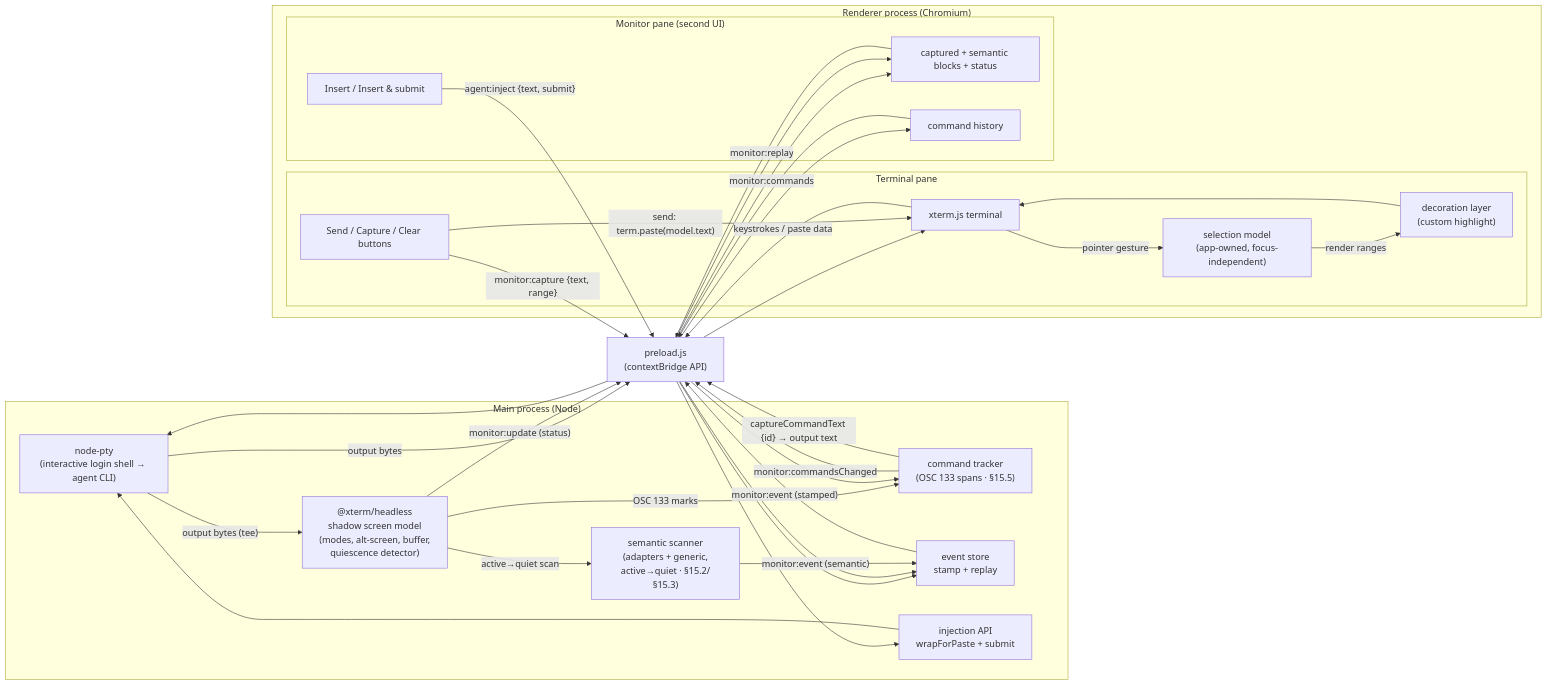
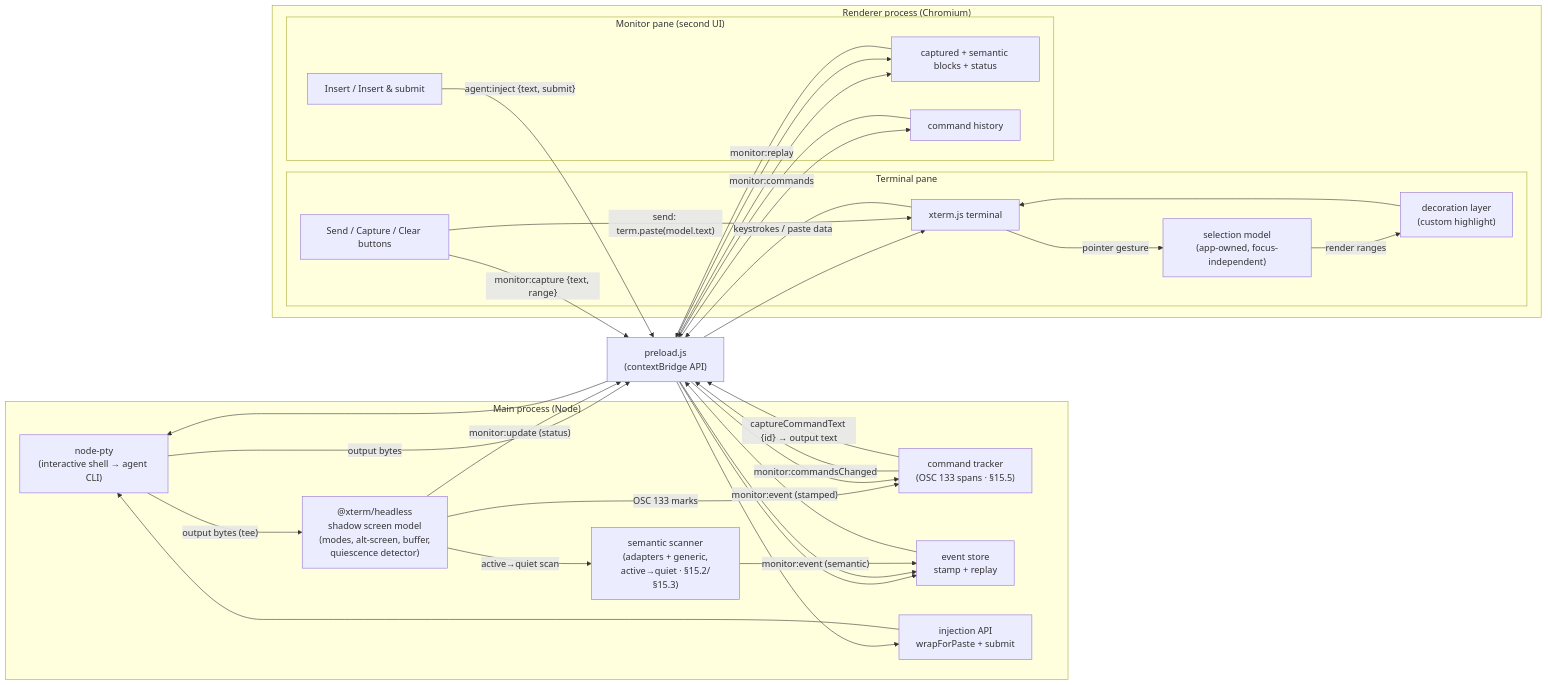
Before and after one commit to dylanb/agent-terminal: the first of 2 diagrams in terminal-web-ui-spec.md, drawn with Mermaid. The commit also changed other lines of this file and 2 other files, not shown here.

First line of the commit message:
fix(pty): probe the resolved shell for PATH, not hardcoded bash (v2.82)

````diff
--- a/terminal-web-ui-spec.md
+++ b/terminal-web-ui-spec.md
@@ -316,43 +318,43 @@
 ```mermaid
 flowchart LR
     subgraph Main["Main process (Node)"]
-        PTY["node-pty<br/>(interactive login shell → agent CLI)"]
+        PTY["node-pty<br/>(interactive shell → agent CLI)"]
         SHADOW["@xterm/headless<br/>shadow screen model<br/>(modes, alt-screen, buffer,<br/>quiescence detector)"]
         SCAN["semantic scanner<br/>(adapters + generic,<br/>active→quiet · §15.2/§15.3)"]
         CMD["command tracker<br/>(OSC 133 spans · §15.5)"]
         STORE["event store<br/>stamp + replay"]
         INJ["injection API<br/>wrapForPaste + submit"]
     end
     subgraph Renderer["Renderer process (Chromium)"]
         subgraph TermPane["Terminal pane"]
             XT["xterm.js terminal"]
             SELMODEL["selection model<br/>(app-owned, focus-independent)"]
             DECO["decoration layer<br/>(custom highlight)"]
             BTN["Send / Capture / Clear buttons"]
         end
         subgraph MonPane["Monitor pane (second UI)"]
             LIST["captured + semantic blocks + status"]
             HIST["command history"]
             ACT["Insert / Insert & submit"]
         end
     end
     Preload["preload.js<br/>(contextBridge API)"]
 
     PTY -- "output bytes (tee)" --> SHADOW
     PTY -- "output bytes" --> Preload --> XT
     XT -- "keystrokes / paste data" --> Preload --> PTY
     XT -- "pointer gesture" --> SELMODEL
     SELMODEL -- "render ranges" --> DECO --> XT
     BTN -- "send: term.paste(model.text)" --> XT
     BTN -- "monitor:capture {text, range}" --> Preload --> STORE
     STORE -- "monitor:event (stamped)" --> Preload --> LIST
     LIST -- "monitor:replay" --> Preload --> STORE
     SHADOW -- "monitor:update (status)" --> Preload --> LIST
     SHADOW -- "active→quiet scan" --> SCAN
     SCAN -- "monitor:event (semantic)" --> STORE
     SHADOW -- "OSC 133 marks" --> CMD
     CMD -- "monitor:commandsChanged" --> Preload --> HIST
     HIST -- "monitor:commands" --> Preload --> CMD
     CMD -- "captureCommandText {id} → output text" --> Preload
     ACT -- "agent:inject {text, submit}" --> Preload --> INJ --> PTY
 ```
````
